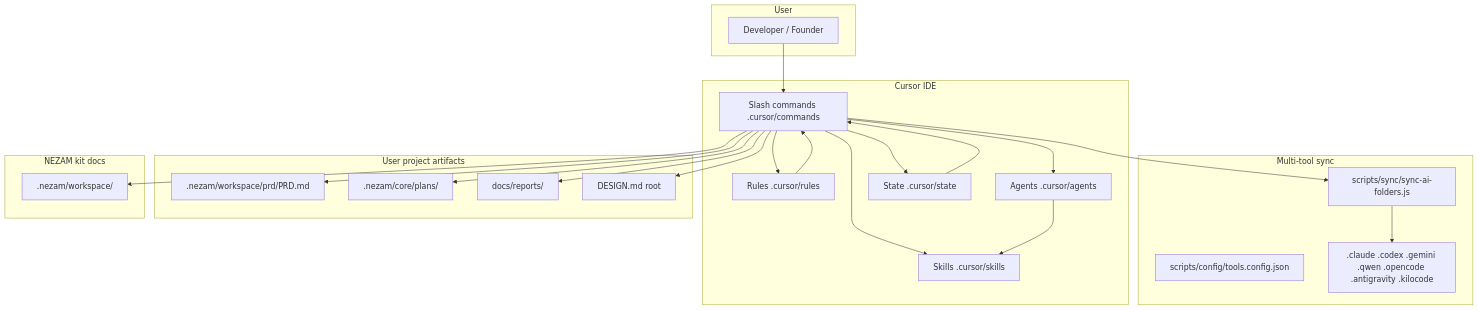
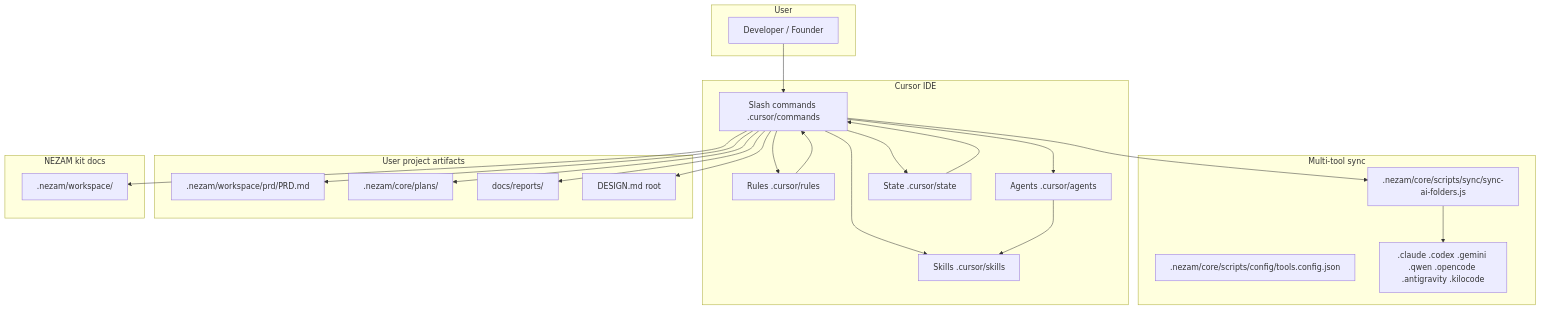
The diagram in .nezam/core/docs/grok.md (iDorgham/Nezam), drawn with Mermaid before and after one commit. The commit also changed other lines of this file and 9928 other files, not shown here.

````diff
--- a/.nezam/core/docs/grok.md
+++ b/.nezam/core/docs/grok.md
@@ -60,47 +60,47 @@
 ```mermaid
 flowchart TB
   subgraph User
     U[Developer / Founder]
   end
 
   subgraph CursorIDE[Cursor IDE]
     CMD[Slash commands .cursor/commands]
     RUL[Rules .cursor/rules]
     AG[Agents .cursor/agents]
     SK[Skills .cursor/skills]
     ST[State .cursor/state]
   end
 
   subgraph Sync[Multi-tool sync]
-    SAF[scripts/sync/sync-ai-folders.js]
-    TCFG[scripts/config/tools.config.json]
+    SAF[.nezam/core/scripts/sync/sync-ai-folders.js]
+    TCFG[.nezam/core/scripts/config/tools.config.json]
     MIRRORS[.claude .codex .gemini .qwen .opencode .antigravity .kilocode]
   end
 
   subgraph ProjectDocs[User project artifacts]
     PRD[.nezam/workspace/prd/PRD.md]
     PLN[.nezam/core/plans/]
     REP[docs/reports/]
     DM[DESIGN.md root]
   end
 
   subgraph NezamDocs[NEZAM kit docs]
     NZ[.nezam/workspace/]
   end
 
   U --> CMD
   CMD --> RUL
   CMD --> AG
   CMD --> SK
   CMD --> ST
   AG --> SK
   RUL --> CMD
   ST --> CMD
   SAF --> MIRRORS
   CMD --> SAF
   CMD --> PRD
   CMD --> PLN
   CMD --> REP
   CMD --> DM
   CMD --> NZ
 ```
````
